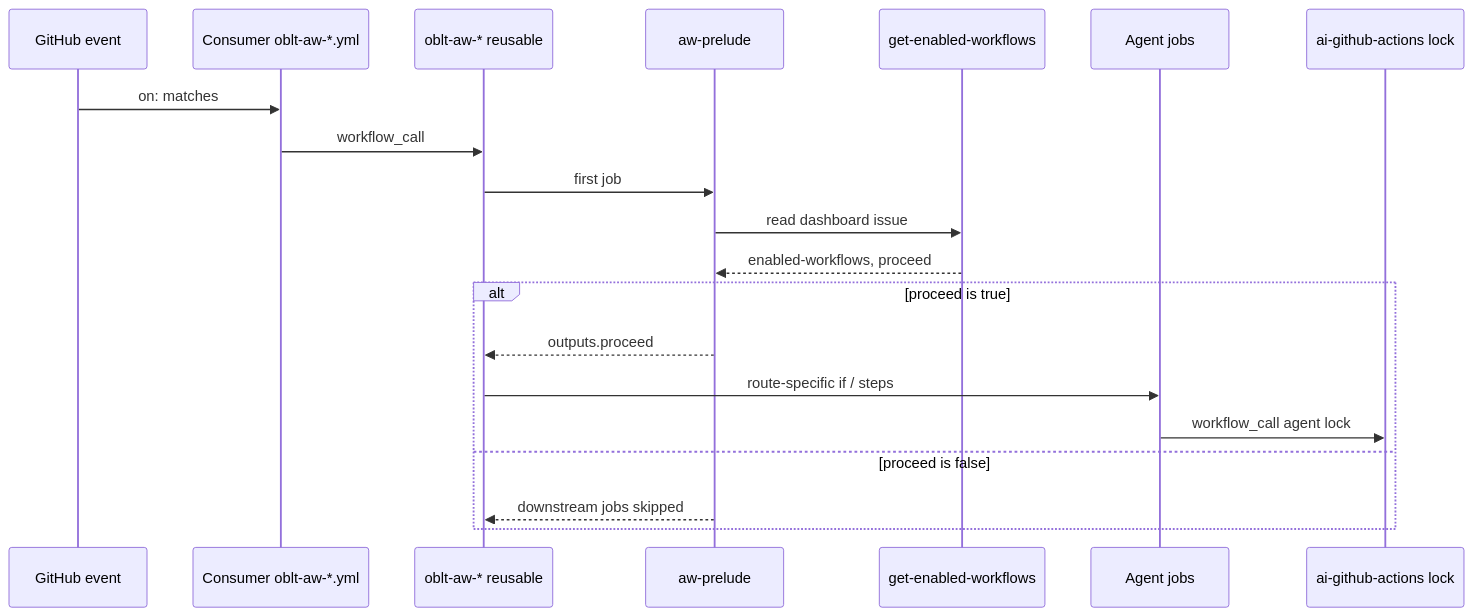
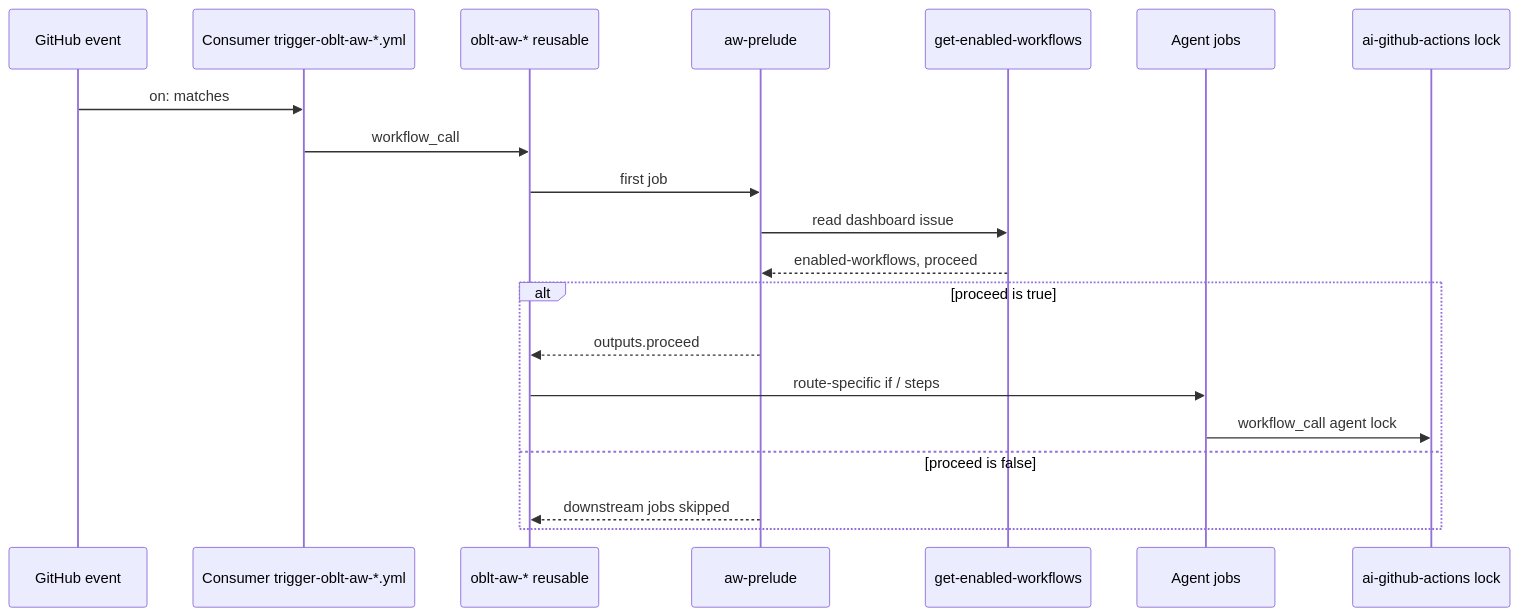
Before and after one commit to elastic/oblt-aw: the third of 4 diagrams in docs/architecture/overview.md, drawn with Mermaid. The commit also changed other lines of this file and 50 other files, not shown here.

````diff
--- a/docs/architecture/overview.md
+++ b/docs/architecture/overview.md
@@ -114,23 +114,23 @@
 ```mermaid
 sequenceDiagram
   participant GH as GitHub event
-  participant Client as Consumer oblt-aw-*.yml
+  participant Client as Consumer trigger-oblt-aw-*.yml
   participant Reuse as oblt-aw-* reusable
   participant Prelude as aw-prelude
   participant GET as get-enabled-workflows
   participant Agent as Agent jobs
   participant Up as ai-github-actions lock
 
   GH->>Client: on: matches
   Client->>Reuse: workflow_call
   Reuse->>Prelude: first job
   Prelude->>GET: read dashboard issue
   GET-->>Prelude: enabled-workflows, proceed
   alt proceed is true
     Prelude-->>Reuse: outputs.proceed
     Reuse->>Agent: route-specific if / steps
     Agent->>Up: workflow_call agent lock
   else proceed is false
     Prelude-->>Reuse: downstream jobs skipped
   end
 ```
````
